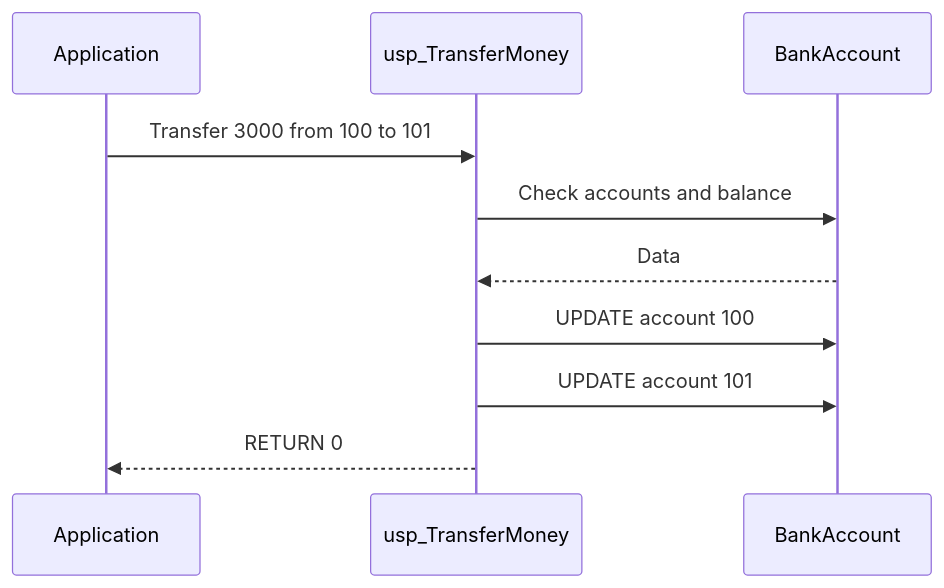
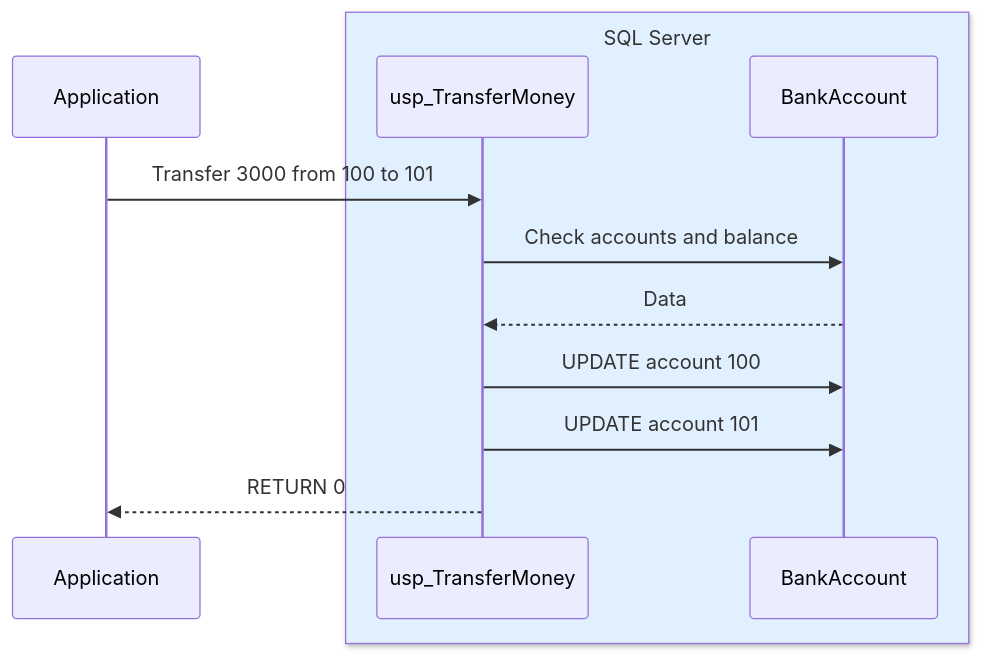
Before and after one commit to tjovic/database-design-labs-public: the sixth of 12 diagrams in labs/lab03-stored-procedures.md, drawn with Mermaid. The commit also changed other lines of this file, not shown here.

````diff
--- a/labs/lab03-stored-procedures.md
+++ b/labs/lab03-stored-procedures.md
@@ -724,13 +724,16 @@
 ```mermaid
 sequenceDiagram
     participant A as Application
-    participant P as usp_TransferMoney
-    participant T as BankAccount
+
+    box rgb(225, 240, 255) SQL Server
+        participant P as usp_TransferMoney
+        participant T as BankAccount
+    end
 
     A->>P: Transfer 3000 from 100 to 101
     P->>T: Check accounts and balance
     T-->>P: Data
     P->>T: UPDATE account 100
     P->>T: UPDATE account 101
     P-->>A: RETURN 0
 ```
````
